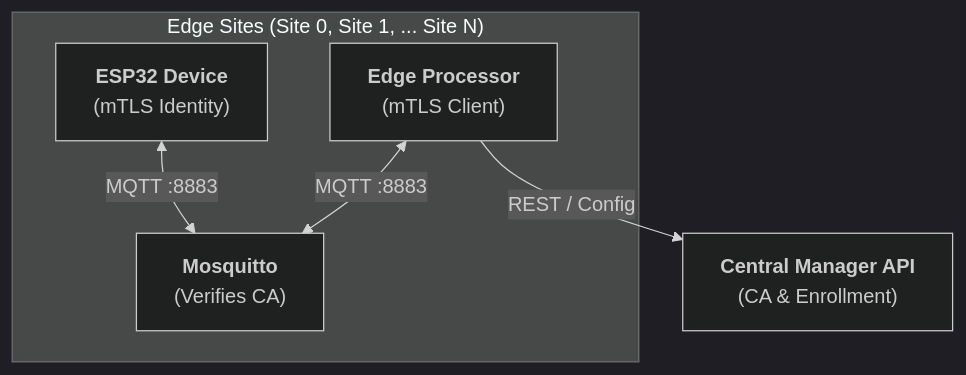
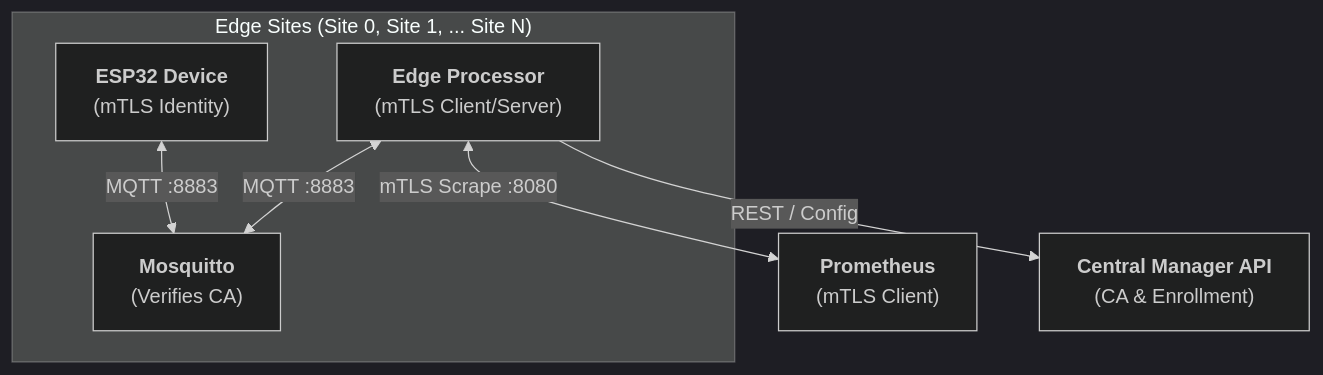
One commit to PEEMAI2004/CPE475 changed the second of 2 diagrams in Project/readme.md. Above: the diagram before and after it, drawn with Mermaid (dark theme). The commit also changed other lines of this file and 8 other files, not shown here.

Commit message:
feat: implement mTLS-based node authentication and update deployment documentation with security hardening and monitoring infrastructure.

````diff
--- a/Project/readme.md
+++ b/Project/readme.md
@@ -51,9 +51,10 @@
 ```mermaid
 graph TD
     subgraph "Edge Sites (Site 0, Site 1, ... Site N)"
         ESP32["<b>ESP32 Device</b><br/>(mTLS Identity)"] <-->|MQTT :8883| Broker["<b>Mosquitto</b><br/>(Verifies CA)"]
-        Node["<b>Edge Processor</b><br/>(mTLS Client)"] <-->|MQTT :8883| Broker
+        Node["<b>Edge Processor</b><br/>(mTLS Client/Server)"] <-->|MQTT :8883| Broker
     end
 
+    Node <-->|mTLS Scrape :8080| Prom["<b>Prometheus</b><br/>(mTLS Client)"]
     Node -- "REST / Config" --> Manager["<b>Central Manager API</b><br/>(CA & Enrollment)"]
 ```
````
